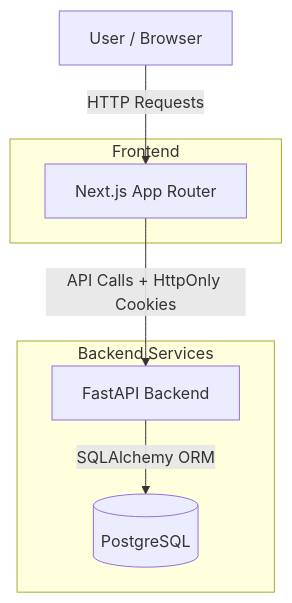
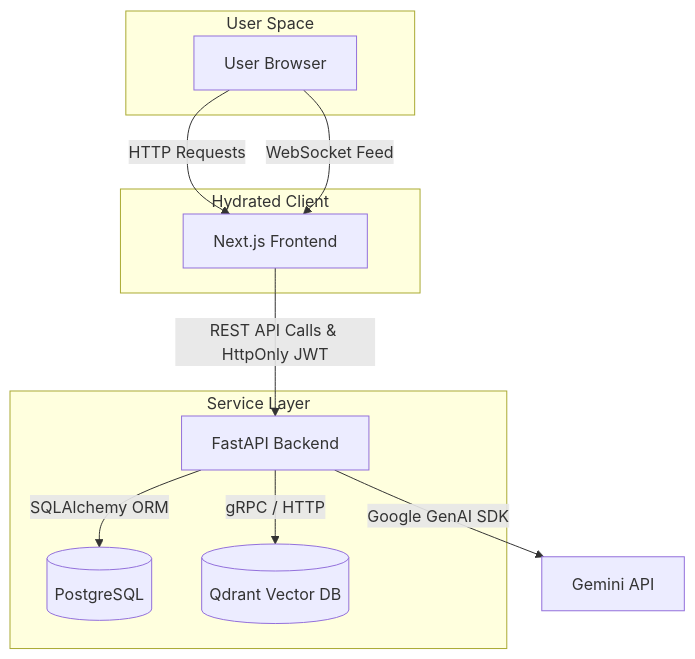
The first of 4 diagrams in docs/architecture.md (vansh070605/ClariMed), drawn with Mermaid before and after one commit. The commit also changed other lines of this file and 22 other files, not shown here.

````diff
--- a/docs/architecture.md
+++ b/docs/architecture.md
@@ -9,15 +15,23 @@
 ```mermaid
 graph TD
-    A[User / Browser] -->|HTTP Requests| B[Next.js App Router]
-    B -->|API Calls + HttpOnly Cookies| C[FastAPI Backend]
-    C -->|SQLAlchemy ORM| D[(PostgreSQL)]
-    
-    subgraph Frontend
-    B
+    User[User Browser] -->|HTTP Requests| Client[Next.js Frontend]
+    User -->|WebSocket Feed| Client
+    Client -->|REST API Calls & HttpOnly JWT| API[FastAPI Backend]
+    API -->|SQLAlchemy ORM| DB[(PostgreSQL)]
+    API -->|gRPC / HTTP| Qdrant[(Qdrant Vector DB)]
+    API -->|Google GenAI SDK| Gemini[Gemini API]
+
+    subgraph User Space
+        User
     end
-    
-    subgraph Backend Services
-    C
-    D
+
+    subgraph Hydrated Client
+        Client
+    end
+
+    subgraph Service Layer
+        API
+        DB
+        Qdrant
     end
 ```
````
